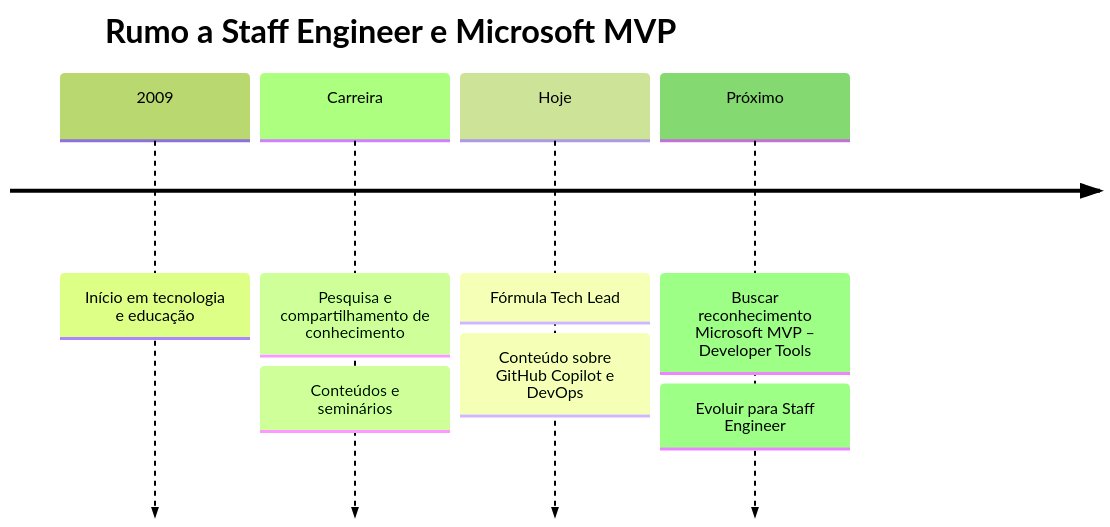
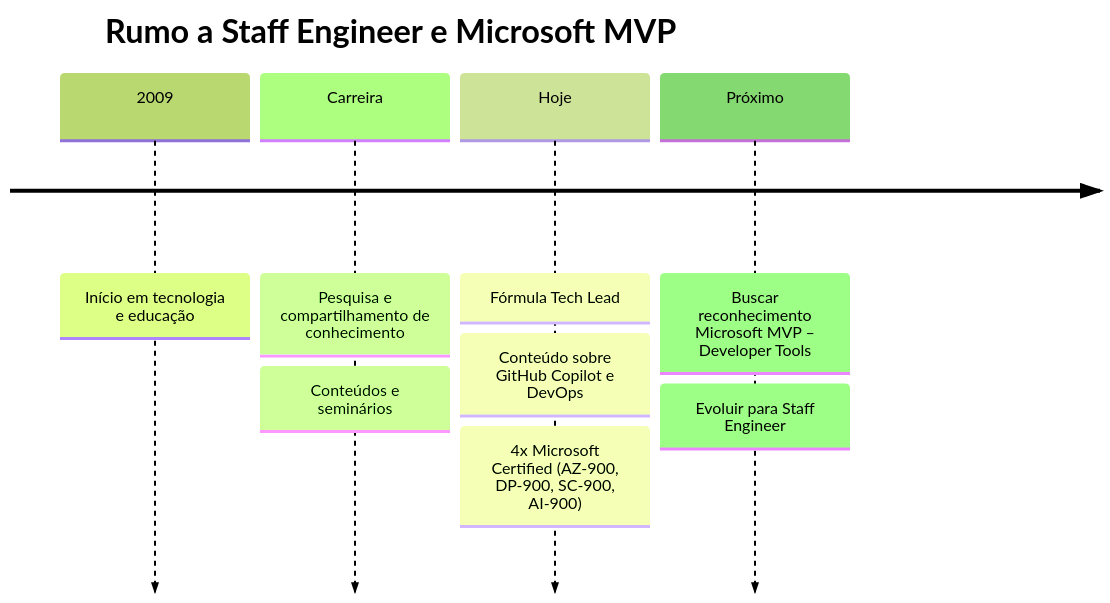
One commit to brunocaetanobrito/brunocaetanobrito changed the diagram in README.md. Above: the diagram before and after it, drawn with Mermaid (forest theme). The commit also changed other lines of this file, not shown here.

Commit message:
Add verified Microsoft certifications to README

````diff
--- a/README.md
+++ b/README.md
@@ -120,8 +124,8 @@
 ```mermaid
 timeline
     title Rumo a Staff Engineer e Microsoft MVP
     2009 : Início em tecnologia e educação
     Carreira : Pesquisa e compartilhamento de conhecimento : Conteúdos e seminários
-    Hoje : Fórmula Tech Lead : Conteúdo sobre GitHub Copilot e DevOps
+    Hoje : Fórmula Tech Lead : Conteúdo sobre GitHub Copilot e DevOps : 4x Microsoft Certified (AZ-900, DP-900, SC-900, AI-900)
     Próximo : Buscar reconhecimento Microsoft MVP – Developer Tools : Evoluir para Staff Engineer
 ```
````
